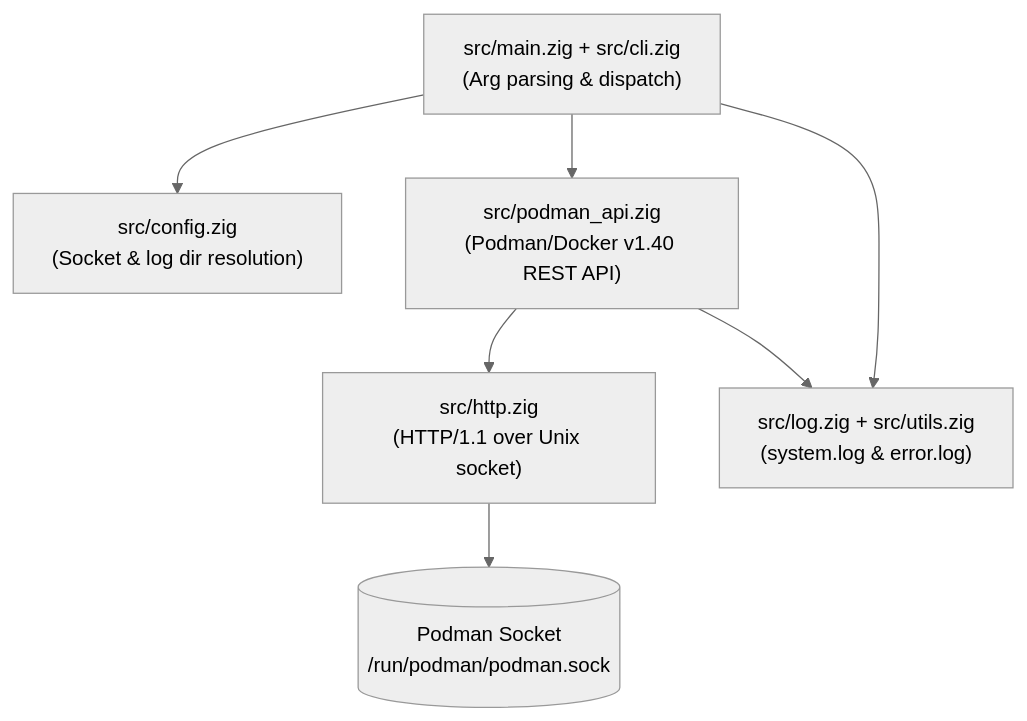
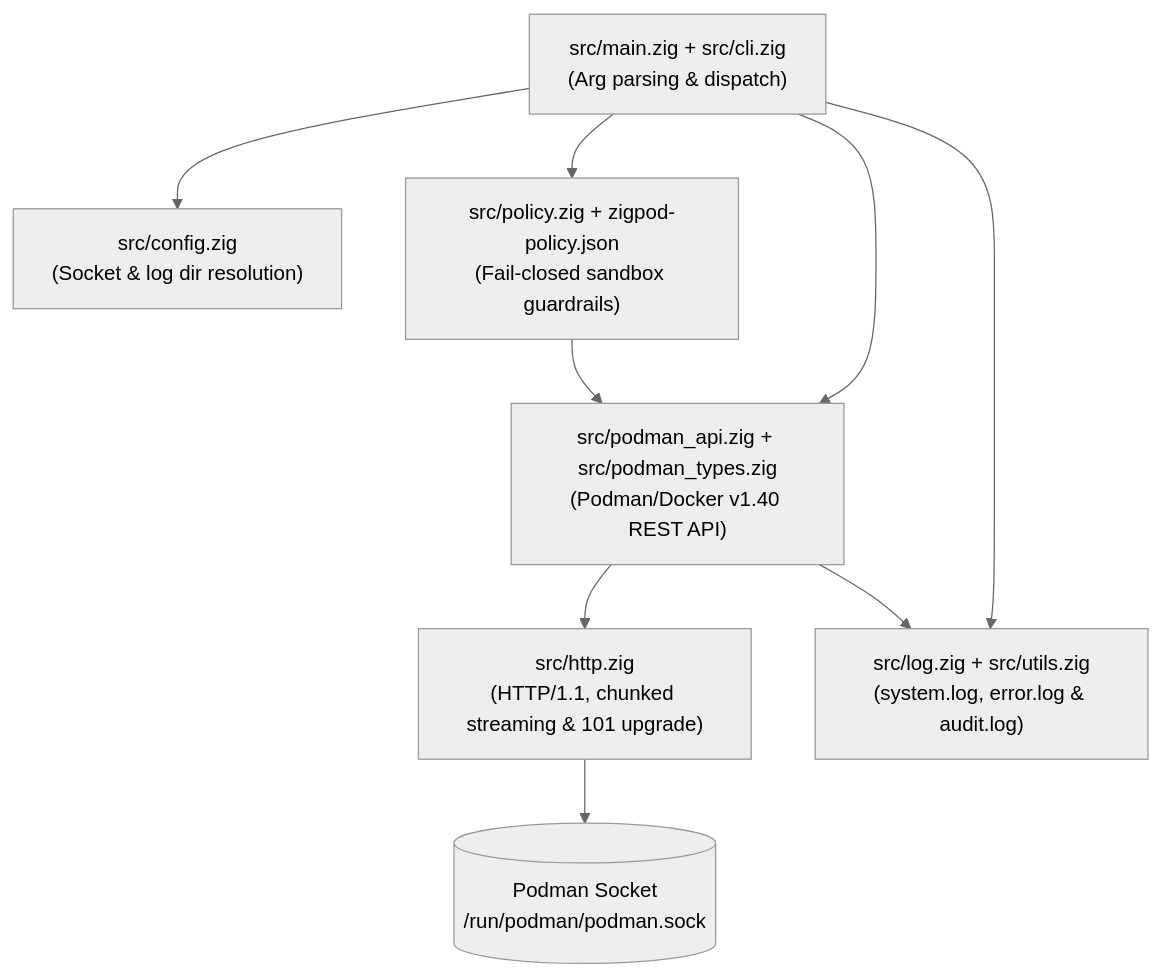
One commit to srayuth202510-byte/zigpodza changed the diagram in README.md. Above: the diagram before and after it, drawn with Mermaid (neutral theme). The commit also changed other lines of this file and 4 other files, not shown here.

````diff
--- a/README.md
+++ b/README.md
@@ -11,9 +11,11 @@
 ```mermaid
 flowchart TD
     CLI["src/main.zig + src/cli.zig\n(Arg parsing & dispatch)"] --> CFG["src/config.zig\n(Socket & log dir resolution)"]
-    CLI --> API["src/podman_api.zig\n(Podman/Docker v1.40 REST API)"]
-    API --> HTTP["src/http.zig\n(HTTP/1.1 over Unix socket)"]
+    CLI --> POL["src/policy.zig + zigpod-policy.json\n(Fail-closed sandbox guardrails)"]
+    CLI --> API["src/podman_api.zig + src/podman_types.zig\n(Podman/Docker v1.40 REST API)"]
+    POL --> API
+    API --> HTTP["src/http.zig\n(HTTP/1.1, chunked streaming & 101 upgrade)"]
     HTTP --> SOCK[("Podman Socket\n/run/podman/podman.sock")]
-    CLI --> LOG["src/log.zig + src/utils.zig\n(system.log & error.log)"]
+    CLI --> LOG["src/log.zig + src/utils.zig\n(system.log, error.log & audit.log)"]
     API --> LOG
 ```
````
